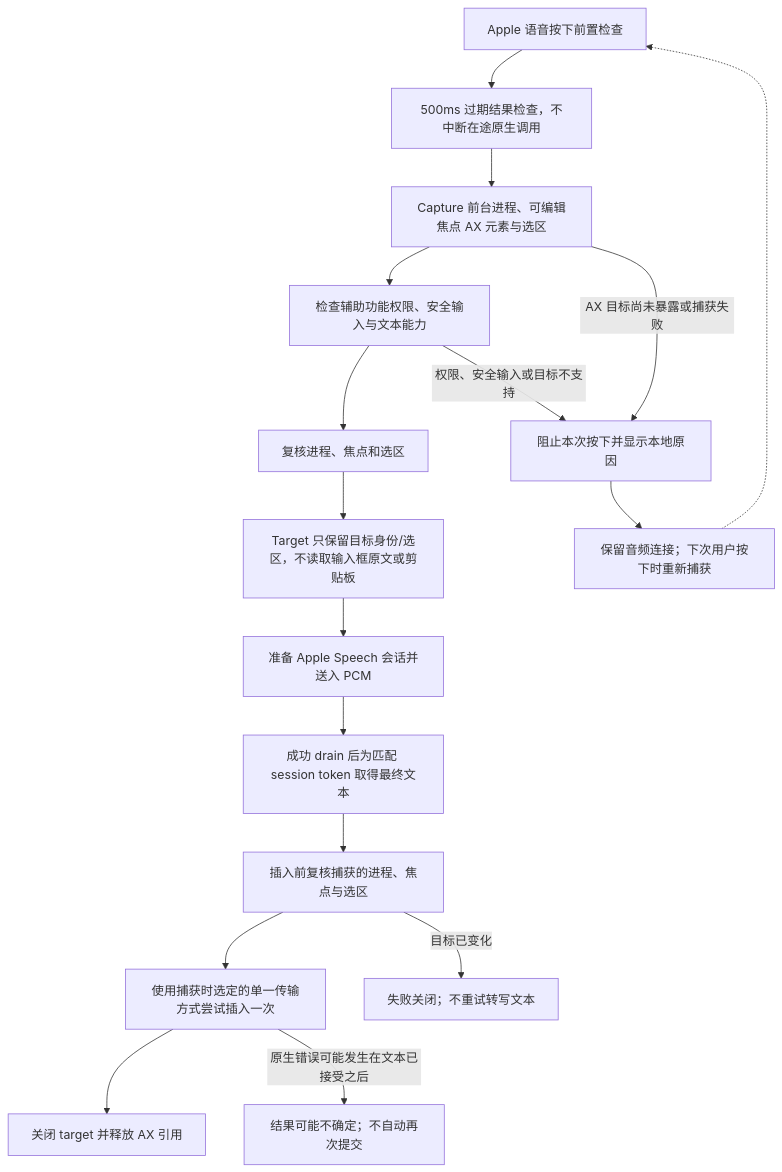
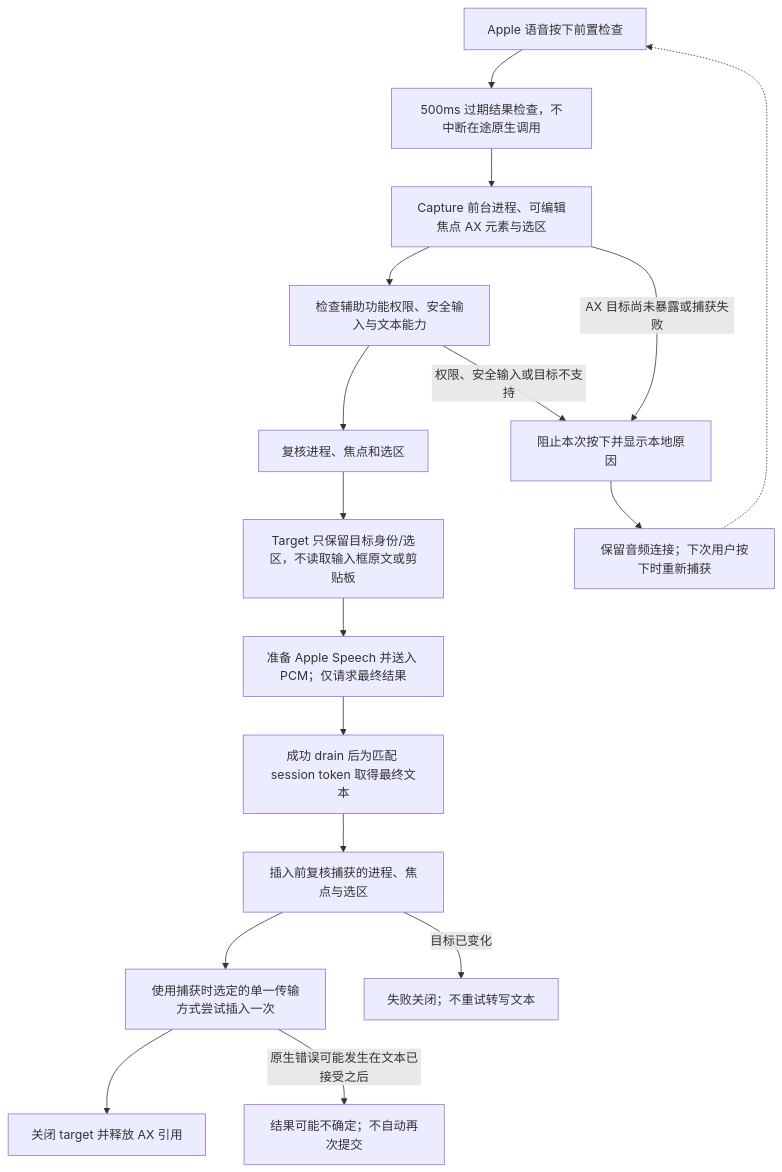
Before and after one commit to daftAI2026/MiMac: the diagram in tools/workbench/diagrams/apple-text-target.mmd, drawn with Mermaid. The commit also changed 2 other files, not shown here.

Commit message:
refactor: request final speech results for one-shot output
Keep the existing recognition preset options except unused tentative results, and document final-only delivery. Native first-session and cancel/reopen checks, full tests, and both macOS builds passed.

```diff
--- a/tools/workbench/diagrams/apple-text-target.mmd
+++ b/tools/workbench/diagrams/apple-text-target.mmd
@@ -1,17 +1,17 @@
 flowchart TD
     press["Apple 语音按下前置检查"] --> admission["500ms 过期结果检查，不中断在途原生调用"]
     admission --> capture["Capture 前台进程、可编辑焦点 AX 元素与选区"]
     capture --> checks["检查辅助功能权限、安全输入与文本能力"]
     checks --> confirm["复核进程、焦点和选区"]
     confirm --> frozen["Target 只保留目标身份/选区，不读取输入框原文或剪贴板"]
-    frozen --> audio["准备 Apple Speech 会话并送入 PCM"]
+    frozen --> audio["准备 Apple Speech 并送入 PCM；仅请求最终结果"]
     audio --> final["成功 drain 后为匹配 session token 取得最终文本"]
     final --> recheck["插入前复核捕获的进程、焦点与选区"]
     recheck --> insert["使用捕获时选定的单一传输方式尝试插入一次"]
     insert --> cleanup["关闭 target 并释放 AX 引用"]
     capture -->|AX 目标尚未暴露或捕获失败| blocked
     checks -->|权限、安全输入或目标不支持| blocked["阻止本次按下并显示本地原因"]
     recheck -->|目标已变化| noRetry["失败关闭；不重试转写文本"]
     insert -->|原生错误可能发生在文本已接受之后| uncertain["结果可能不确定；不自动再次提交"]
     blocked --> nextPress["保留音频连接；下次用户按下时重新捕获"]
     nextPress -.-> press
```
